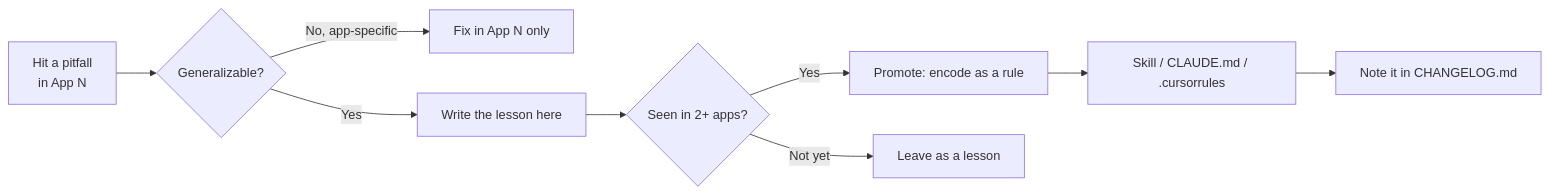
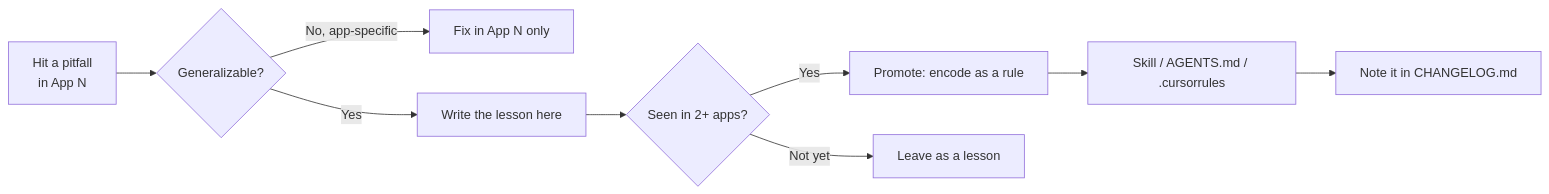
The diagram in docs/ai-agents/LESSONS_LEARNED.md (TaylorONeal/SaaS-Viber), drawn with Mermaid before and after one commit. The commit also changed other lines of this file and 5 other files, not shown here.

````diff
--- a/docs/ai-agents/LESSONS_LEARNED.md
+++ b/docs/ai-agents/LESSONS_LEARNED.md
@@ -883,11 +883,11 @@
 ```mermaid
 flowchart LR
     A[Hit a pitfall<br/>in App N] --> B{Generalizable?}
     B -->|No, app-specific| C[Fix in App N only]
     B -->|Yes| D[Write the lesson here]
     D --> E{Seen in 2+ apps?}
     E -->|Yes| F[Promote: encode as a rule]
     E -->|Not yet| G[Leave as a lesson]
-    F --> H[Skill / CLAUDE.md / .cursorrules]
+    F --> H[Skill / AGENTS.md / .cursorrules]
     H --> I[Note it in CHANGELOG.md]
 ```
````
